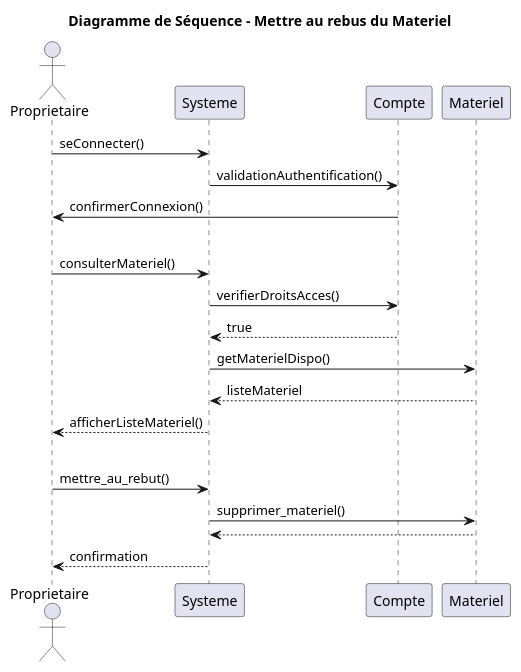
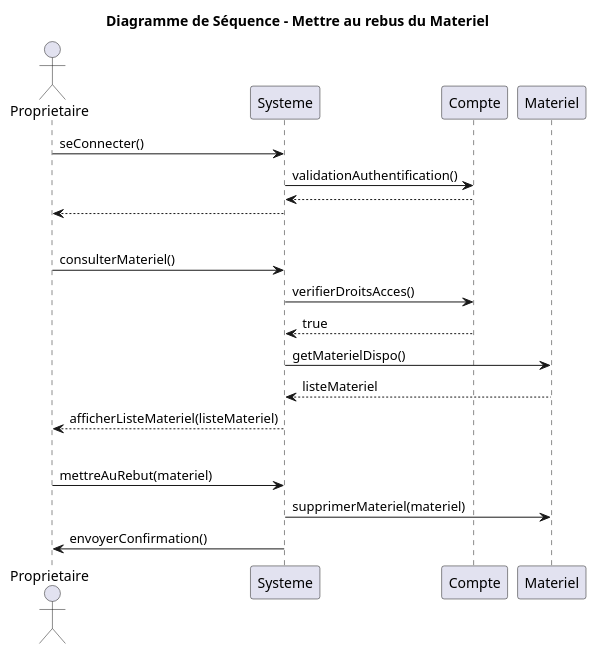
Before and after one commit to Egario54/ProjetClubNautique: the diagram in UML/Diagramme_sequence_mettre_rebus.puml, drawn with PlantUML. The commit also changed 13 other files, not shown here.

First line of the commit message:
Ajout du diagramme de classe

```diff
--- a/UML/Diagramme_sequence_mettre_rebus.puml
+++ b/UML/Diagramme_sequence_mettre_rebus.puml
@@ -1,36 +1,36 @@
 @startuml
 title Diagramme de Séquence - Mettre au rebus du Materiel
 actor Proprietaire
 participant Systeme
 participant Compte
 participant Materiel
 
 'Connexion à un compte'
 Proprietaire -> Systeme: seConnecter()
 Systeme -> Compte: validationAuthentification()
-Compte -> Proprietaire: confirmerConnexion()
+return
+Systeme --> Proprietaire
 
 
 
 'Séparation'
 |||
 
 
 'Proprietaire consulte le matériel'
 Proprietaire -> Systeme : consulterMateriel()
 Systeme -> Compte : verifierDroitsAcces()
 Compte --> Systeme : true
 Systeme -> Materiel : getMaterielDispo()
 Materiel --> Systeme : listeMateriel
-Systeme --> Proprietaire : afficherListeMateriel()
+Systeme --> Proprietaire : afficherListeMateriel(listeMateriel)
 
 'Séparation'
 |||
 
 'Propriétaire met au rebus un materiel'
-Proprietaire -> Systeme : mettre_au_rebut()
-Systeme -> Materiel : supprimer_materiel()
-return
-Systeme --> Proprietaire : confirmation
+Proprietaire -> Systeme : mettreAuRebut(materiel)
+Systeme -> Materiel : supprimerMateriel(materiel)
+Systeme -> Proprietaire : envoyerConfirmation()
 
 @enduml
```
